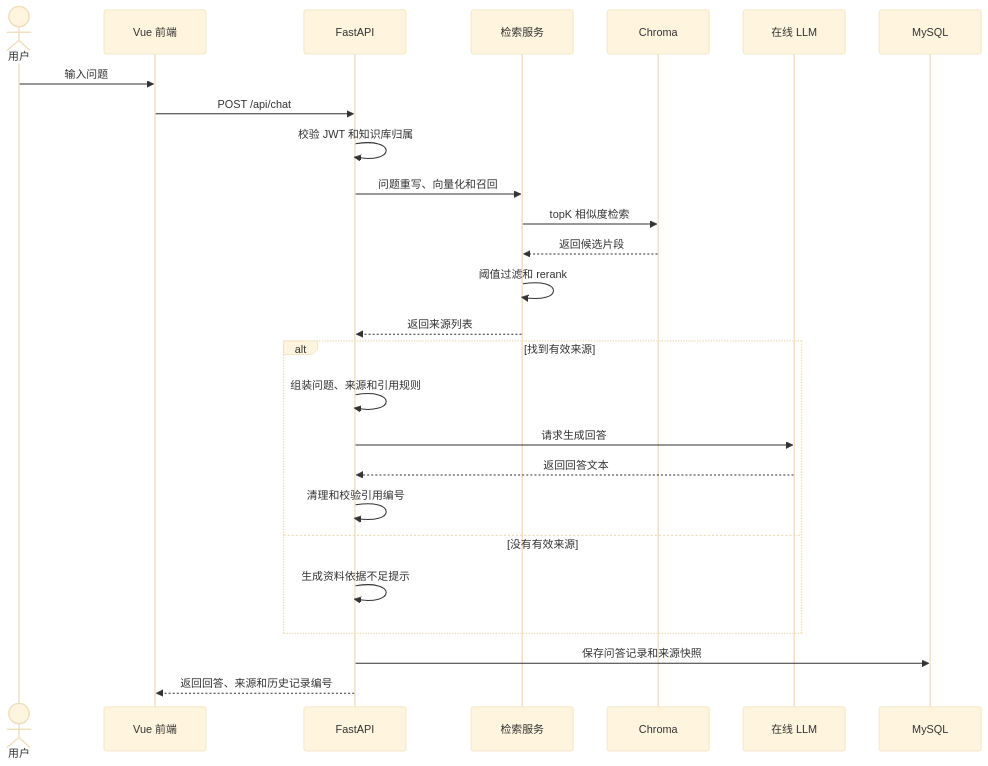
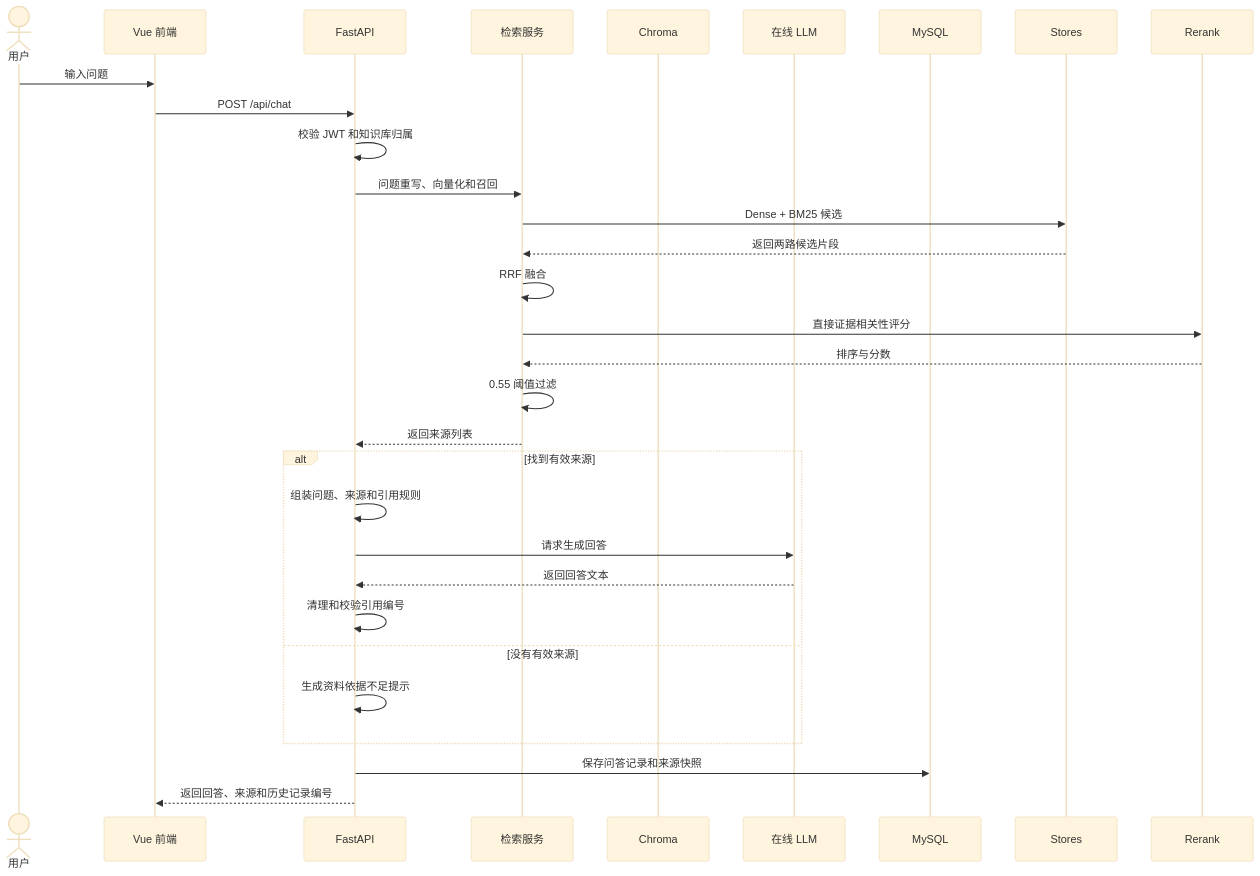
Before and after one commit to Star23666/CodeMind: the third of 6 diagrams in docs/wiki/Home.md, drawn with Mermaid (base theme). The commit also changed other lines of this file and 56 other files, not shown here.

````diff
--- a/docs/wiki/Home.md
+++ b/docs/wiki/Home.md
@@ -256,29 +259,32 @@
 ```mermaid
 sequenceDiagram
     actor User as 用户
     participant Web as Vue 前端
     participant API as FastAPI
     participant Retrieve as 检索服务
     participant Vector as Chroma
     participant LLM as 在线 LLM
     participant DB as MySQL
 
     User->>Web: 输入问题
     Web->>API: POST /api/chat
     API->>API: 校验 JWT 和知识库归属
     API->>Retrieve: 问题重写、向量化和召回
-    Retrieve->>Vector: topK 相似度检索
-    Vector-->>Retrieve: 返回候选片段
-    Retrieve->>Retrieve: 阈值过滤和 rerank
+    Retrieve->>Stores: Dense + BM25 候选
+    Stores-->>Retrieve: 返回两路候选片段
+    Retrieve->>Retrieve: RRF 融合
+    Retrieve->>Rerank: 直接证据相关性评分
+    Rerank-->>Retrieve: 排序与分数
+    Retrieve->>Retrieve: 0.55 阈值过滤
     Retrieve-->>API: 返回来源列表
     alt 找到有效来源
         API->>API: 组装问题、来源和引用规则
         API->>LLM: 请求生成回答
         LLM-->>API: 返回回答文本
         API->>API: 清理和校验引用编号
     else 没有有效来源
         API->>API: 生成资料依据不足提示
     end
     API->>DB: 保存问答记录和来源快照
     API-->>Web: 返回回答、来源和历史记录编号
 ```
````
